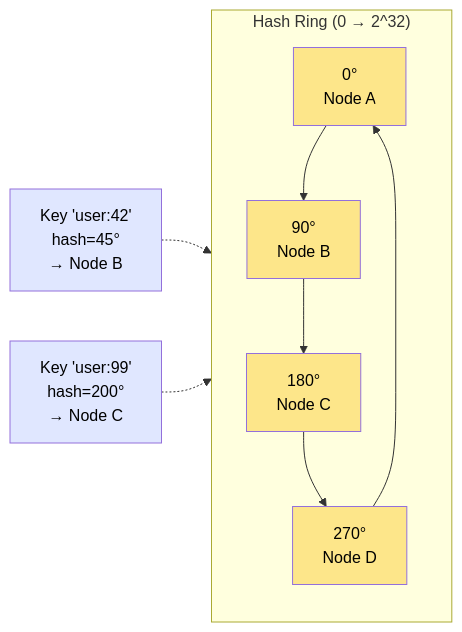
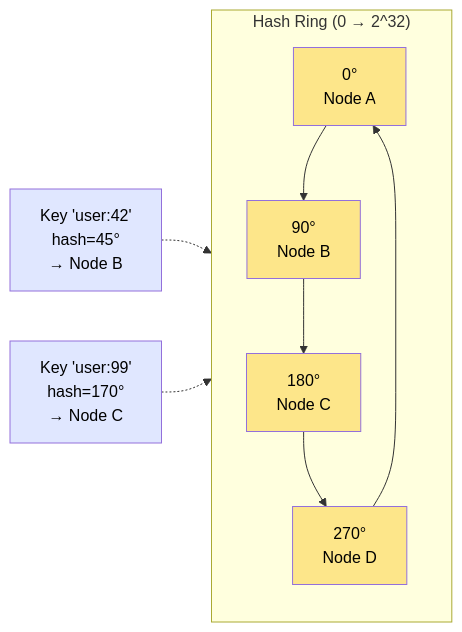
The fourth of 4 diagrams in Level-02-Data-Layer/02-Sharding-and-Partitioning/README.md (Ankan1998/learn-system-design), drawn with Mermaid before and after one commit. The commit also changed other lines of this file and 139 other files, not shown here.

````diff
--- a/Level-02-Data-Layer/02-Sharding-and-Partitioning/README.md
+++ b/Level-02-Data-Layer/02-Sharding-and-Partitioning/README.md
@@ -128,19 +128,19 @@
 ```mermaid
 flowchart LR
     subgraph Ring["Hash Ring (0 → 2^32)"]
         direction TB
         A["0°<br/>Node A"] --> B["90°<br/>Node B"]
         B --> C["180°<br/>Node C"]
         C --> D["270°<br/>Node D"]
         D --> A
     end
     K1["Key 'user:42'<br/>hash=45°<br/>→ Node B"] -.-> B
-    K2["Key 'user:99'<br/>hash=200°<br/>→ Node C"] -.-> C
+    K2["Key 'user:99'<br/>hash=170°<br/>→ Node C"] -.-> C
 
     style A fill:#fde68a,color:#000
     style B fill:#fde68a,color:#000
     style C fill:#fde68a,color:#000
     style D fill:#fde68a,color:#000
     style K1 fill:#e0e7ff,color:#000
     style K2 fill:#e0e7ff,color:#000
 ```
````
